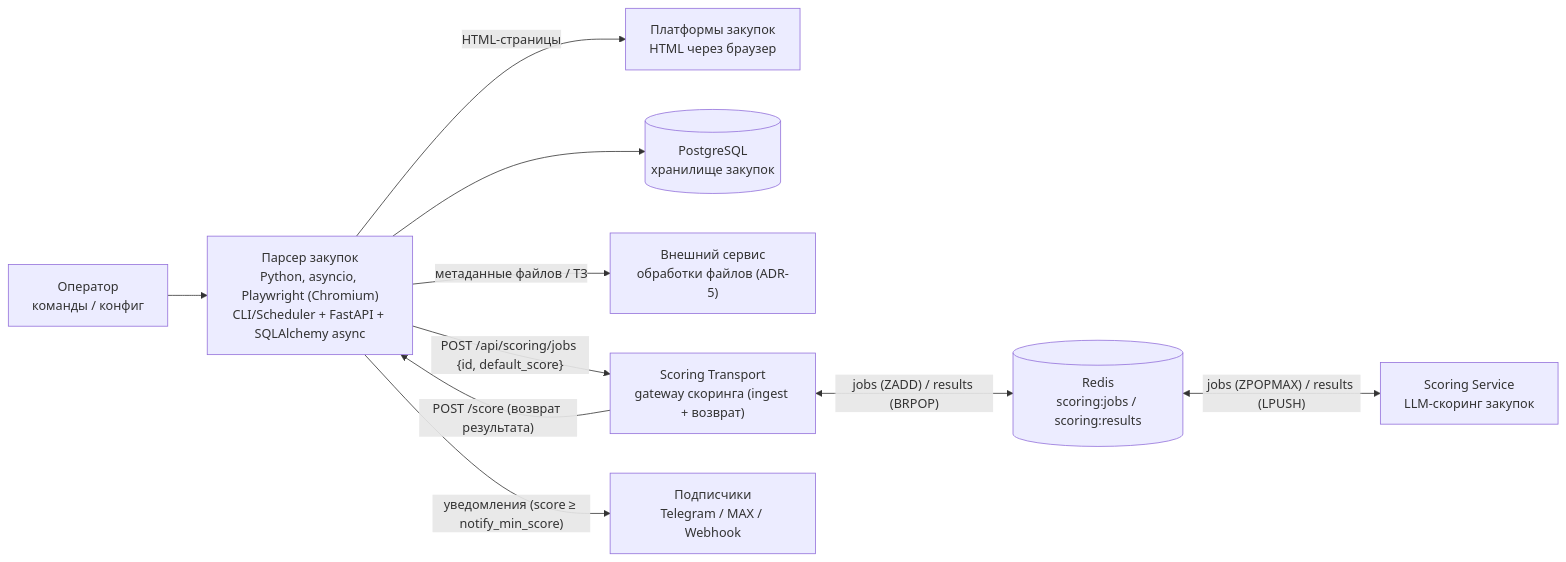
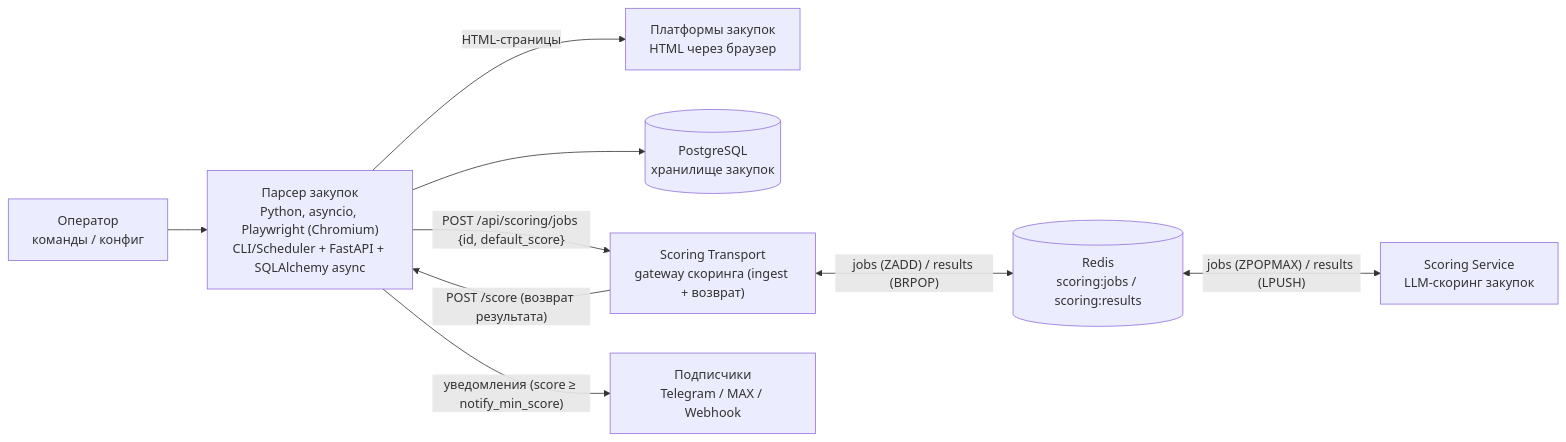
Before and after one commit to igorvolk1961/zakupki_parser: the diagram in docs/c4/container.md, drawn with Mermaid. The commit also changed other lines of this file, not shown here.

First line of the commit message:
docs(c4/container): убрать внешний сервис обработки файлов

````diff
--- a/docs/c4/container.md
+++ b/docs/c4/container.md
@@ -5,23 +5,21 @@
 ```mermaid
 flowchart LR
     U["Оператор<br/>команды / конфиг"]
     P["Парсер закупок<br/>Python, asyncio, Playwright (Chromium)<br/>CLI/Scheduler + FastAPI + SQLAlchemy async"]
 
     Z["Платформы закупок<br/>HTML через браузер"]
     DB[("PostgreSQL<br/>хранилище закупок")]
-    FS["Внешний сервис<br/>обработки файлов (ADR-5)"]
     TR["Scoring Transport<br/>gateway скоринга (ingest + возврат)"]
     RS[("Redis<br/>scoring:jobs / scoring:results")]
     SG["Scoring Service<br/>LLM-скоринг закупок"]
     SUB["Подписчики<br/>Telegram / MAX / Webhook"]
 
     U --> P
     P -->|"HTML-страницы"| Z
     P --> DB
-    P -->|"метаданные файлов / ТЗ"| FS
     P -->|"POST /api/scoring/jobs {id, default_score}"| TR
     TR <-->|"jobs (ZADD) / results (BRPOP)"| RS
     RS <-->|"jobs (ZPOPMAX) / results (LPUSH)"| SG
     TR -->|"POST /score (возврат результата)"| P
     P -->|"уведомления (score ≥ notify_min_score)"| SUB
 ```
````
